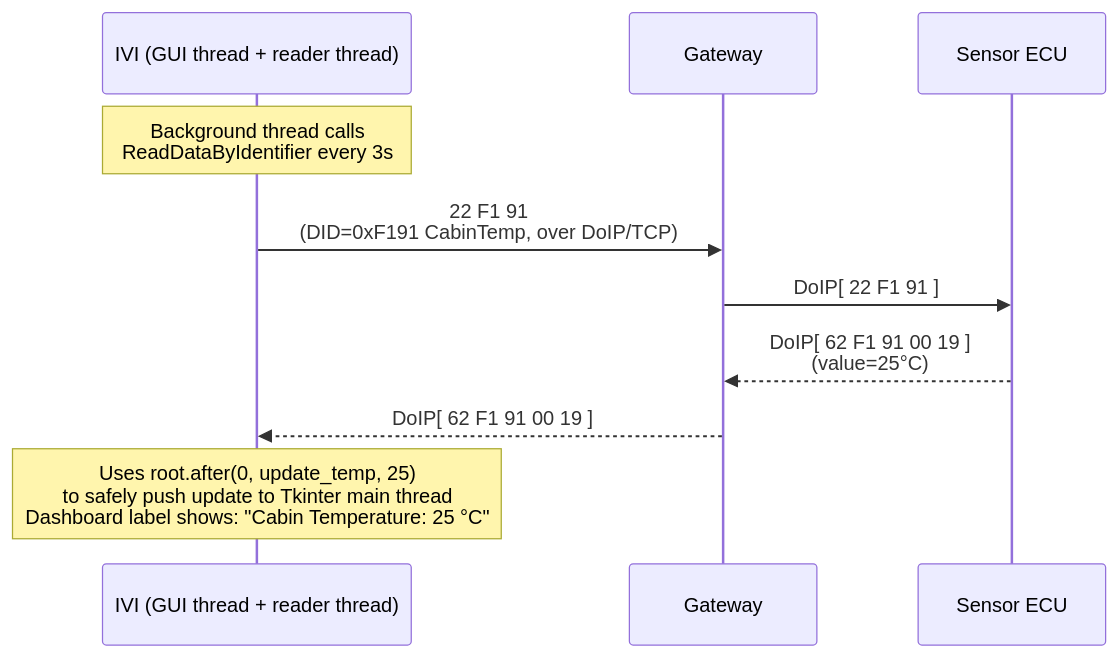
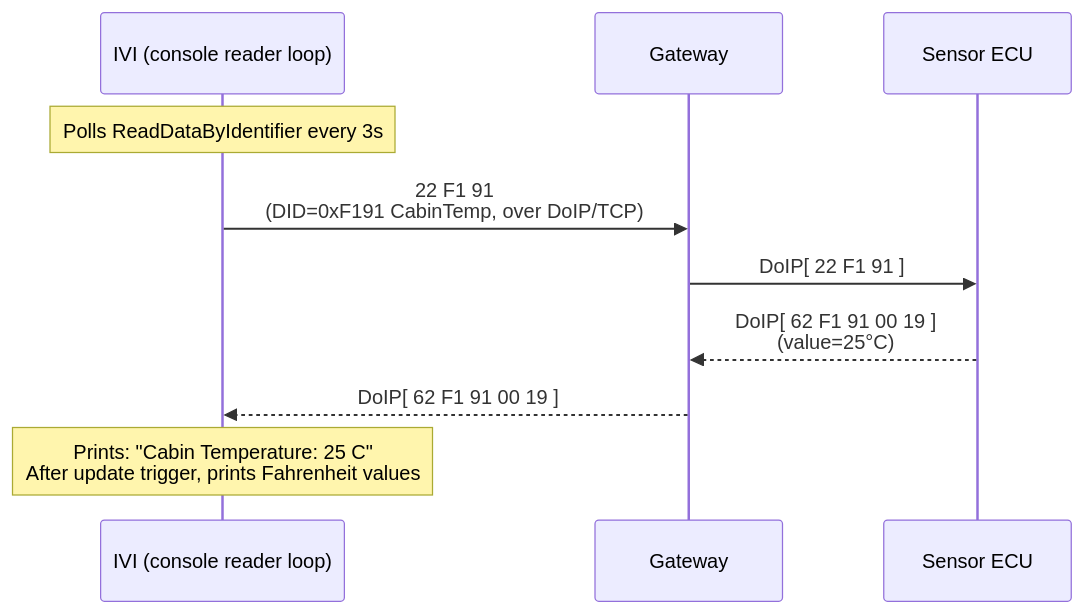
The third of 4 diagrams in README.md (Komal-kalyanraman/virtual-car), drawn with Mermaid before and after one commit. The commit also changed other lines of this file, not shown here.

Commit message:
Update README to add TCU update trigger details

````diff
--- a/README.md
+++ b/README.md
@@ -106,14 +111,14 @@
 ```mermaid
 sequenceDiagram
-  participant IVI as IVI (GUI thread + reader thread)
+  participant IVI as IVI (console reader loop)
   participant GW as Gateway
   participant SENSOR as Sensor ECU
 
-  Note over IVI: Background thread calls<br/>ReadDataByIdentifier every 3s
+  Note over IVI: Polls ReadDataByIdentifier every 3s
   IVI->>GW: 22 F1 91<br/>(DID=0xF191 CabinTemp, over DoIP/TCP)
   GW->>SENSOR: DoIP[ 22 F1 91 ]
   SENSOR-->>GW: DoIP[ 62 F1 91 00 19 ]<br/>(value=25°C)
   GW-->>IVI: DoIP[ 62 F1 91 00 19 ]
 
-  Note over IVI: Uses root.after(0, update_temp, 25)<br/>to safely push update to Tkinter main thread<br/>Dashboard label shows: "Cabin Temperature: 25 °C"
+  Note over IVI: Prints: "Cabin Temperature: 25 C"<br/>After update trigger, prints Fahrenheit values
 ```
````
